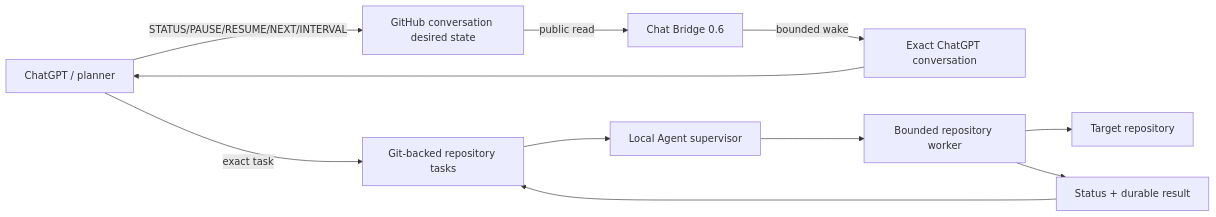
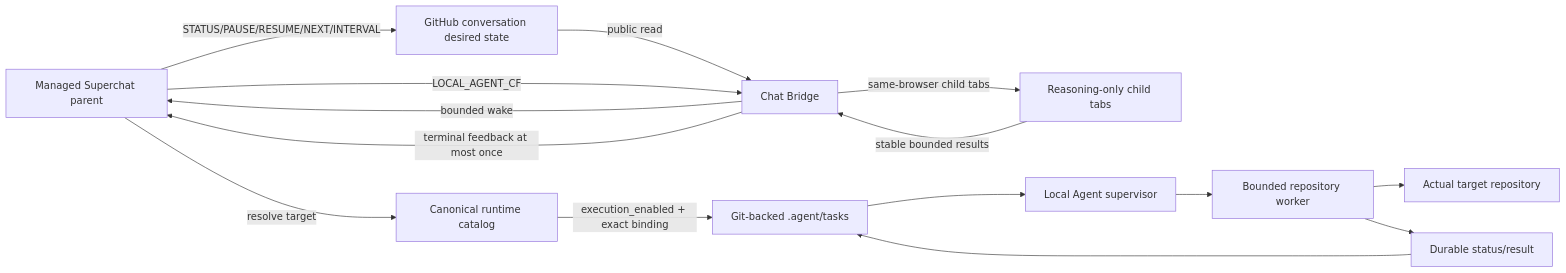
The diagram in docs/README.md (MichalMatu/local-agent), drawn with Mermaid before and after one commit. The commit also changed other lines of this file and 16 other files, not shown here.

Commit message:
Rebase current architecture docs onto latest main (#155)

````diff
--- a/docs/README.md
+++ b/docs/README.md
@@ -28,23 +27,28 @@
 ```mermaid
 flowchart LR
-    Planner["ChatGPT / planner"]
+    Parent["Managed Superchat parent"]
     Desired["GitHub conversation desired state"]
-    Bridge["Chat Bridge 0.6"]
-    Chat["Exact ChatGPT conversation"]
-    Tasks["Git-backed repository tasks"]
+    Bridge["Chat Bridge"]
+    Children["Reasoning-only child tabs"]
+    Catalog["Canonical runtime catalog"]
+    Tasks["Git-backed .agent/tasks"]
     Supervisor["Local Agent supervisor"]
     Worker["Bounded repository worker"]
-    Repo["Target repository"]
-    Result["Status + durable result"]
+    Repo["Actual target repository"]
+    Result["Durable status/result"]
 
-    Planner -->|STATUS/PAUSE/RESUME/NEXT/INTERVAL| Desired
+    Parent -->|STATUS/PAUSE/RESUME/NEXT/INTERVAL| Desired
     Desired -->|public read| Bridge
-    Bridge -->|bounded wake| Chat
-    Chat --> Planner
-    Planner -->|exact task| Tasks
+    Bridge -->|bounded wake| Parent
+    Parent -->|LOCAL_AGENT_CF| Bridge
+    Bridge -->|same-browser child tabs| Children
+    Children -->|stable bounded results| Bridge
+    Bridge -->|terminal feedback at most once| Parent
+    Parent -->|resolve target| Catalog
+    Catalog -->|execution_enabled + exact binding| Tasks
     Tasks --> Supervisor
     Supervisor --> Worker
     Worker --> Repo
     Worker --> Result
     Result --> Tasks
 ```
````
